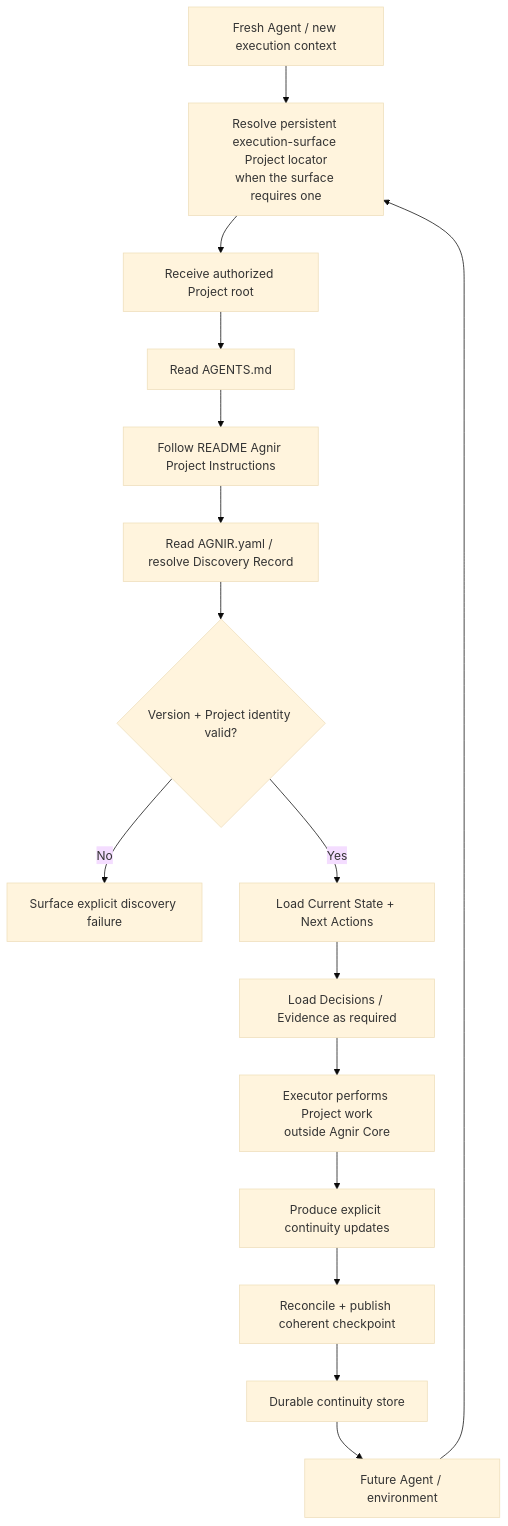
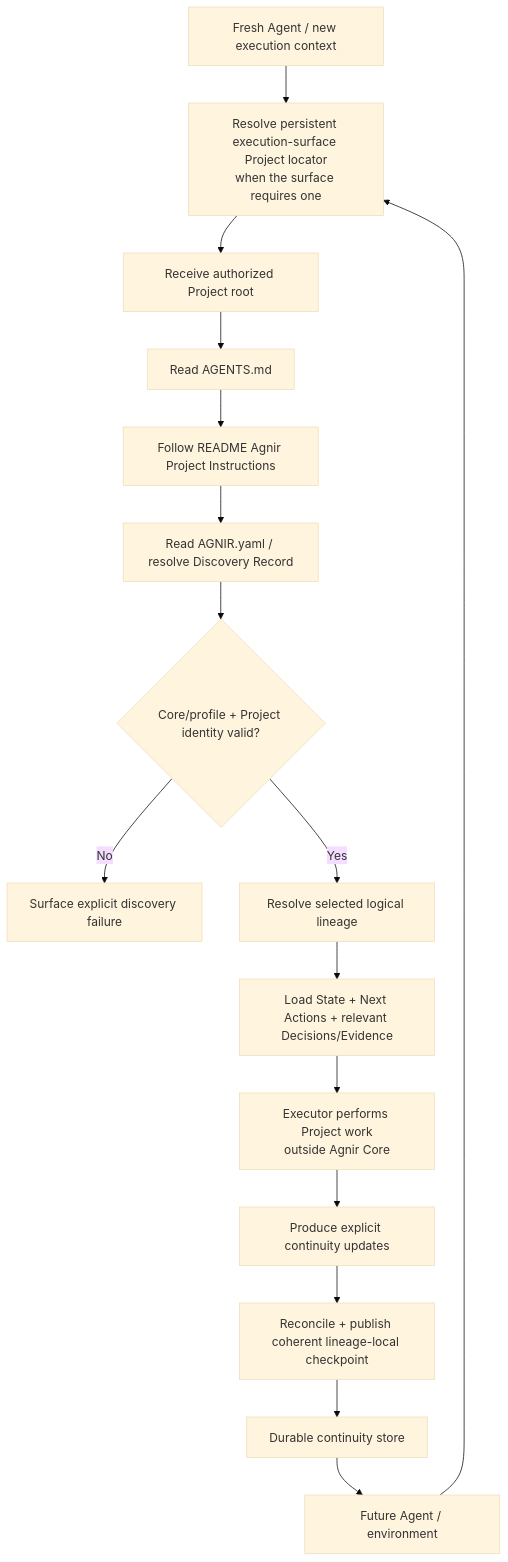
One commit to iorLab/agnir changed the second of 2 diagrams in README.md. Above: the diagram before and after it, drawn with Mermaid (base theme). The commit also changed other lines of this file and 8 other files, not shown here.

````diff
--- a/README.md
+++ b/README.md
@@ -144,18 +174,18 @@
 ```mermaid
 flowchart TD
     C[Fresh Agent / new execution context] --> X[Resolve persistent execution-surface Project locator\nwhen the surface requires one]
     X --> P[Receive authorized Project root]
     P --> A[Read AGENTS.md]
     A --> I[Follow README Agnir Project Instructions]
     I --> R[Read AGNIR.yaml / resolve Discovery Record]
-    R --> V{Version + Project identity valid?}
+    R --> V{Core/profile + Project identity valid?}
     V -- No --> F[Surface explicit discovery failure]
-    V -- Yes --> L[Load Current State + Next Actions]
-    L --> Q[Load Decisions / Evidence as required]
+    V -- Yes --> L[Resolve selected logical lineage]
+    L --> Q[Load State + Next Actions + relevant Decisions/Evidence]
     Q --> W[Executor performs Project work\noutside Agnir Core]
     W --> U[Produce explicit continuity updates]
-    U --> K[Reconcile + publish coherent checkpoint]
+    U --> K[Reconcile + publish coherent lineage-local checkpoint]
     K --> S[Durable continuity store]
     S --> N[Future Agent / environment]
     N --> X
 ```
````
